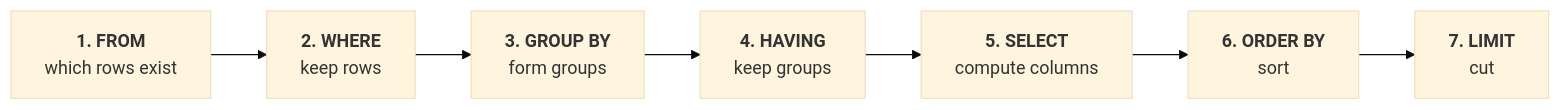
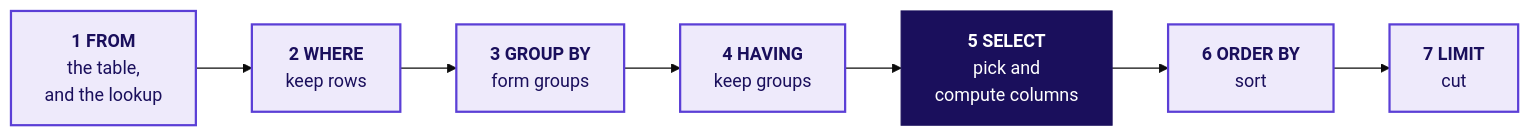
One commit to fde-academy-lab/c2-content-factory changed the second of 2 diagrams in content/W02/D1/study-notes/C2_W02_D01_notes_STUDENT.md. Above: the diagram before and after it, drawn with Mermaid (base theme). The commit also changed other lines of this file and 6 other files, not shown here.

````diff
--- a/content/W02/D1/study-notes/C2_W02_D01_notes_STUDENT.md
+++ b/content/W02/D1/study-notes/C2_W02_D01_notes_STUDENT.md
@@ -52,4 +74,8 @@
 ```mermaid
 flowchart LR
-    F["<b>1. FROM</b><br/>which rows exist"] --> W["<b>2. WHERE</b><br/>keep rows"] --> G["<b>3. GROUP BY</b><br/>form groups"] --> H["<b>4. HAVING</b><br/>keep groups"] --> S["<b>5. SELECT</b><br/>compute columns"] --> O["<b>6. ORDER BY</b><br/>sort"] --> L["<b>7. LIMIT</b><br/>cut"]
+    F["<b>1 FROM</b><br/>the table,<br/>and the lookup"] --> W["<b>2 WHERE</b><br/>keep rows"] --> G["<b>3 GROUP BY</b><br/>form groups"] --> H["<b>4 HAVING</b><br/>keep groups"] --> S["<b>5 SELECT</b><br/>pick and<br/>compute columns"] --> O["<b>6 ORDER BY</b><br/>sort"] --> L["<b>7 LIMIT</b><br/>cut"]
+    classDef known fill:#EEEAFB,stroke:#5B3FD6,color:#1A0F5C,stroke-width:2px
+    classDef bet fill:#1A0F5C,stroke:#1A0F5C,color:#FFFFFF
+    class F,W,G,H,O,L known
+    class S bet
 ```
````
